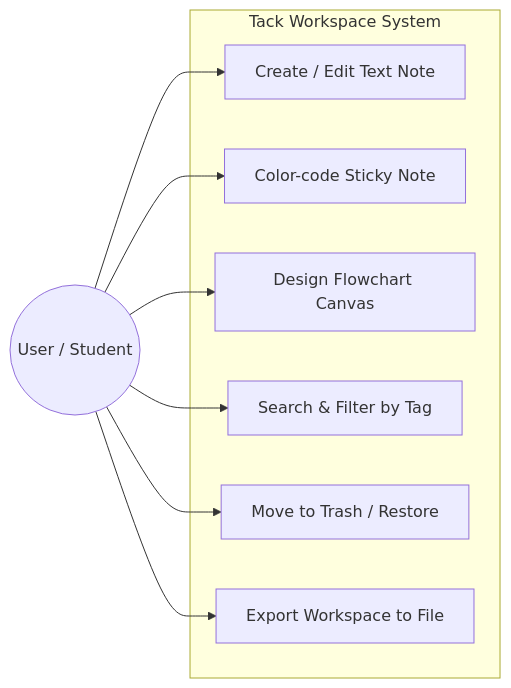
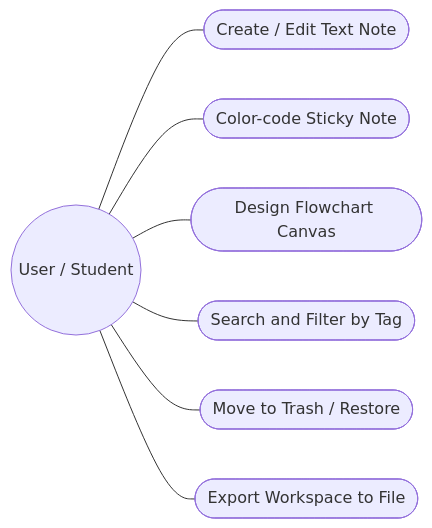
The third of 4 diagrams in lib/ui/java_micro_project_presentation.md (vishnuvmx/notes), drawn with Mermaid before and after one commit. The commit also changed other lines of this file and 6 other files, not shown here.

````diff
--- a/lib/ui/java_micro_project_presentation.md
+++ b/lib/ui/java_micro_project_presentation.md
@@ -236,20 +243,17 @@
 ```mermaid
-graph LR
-    User((User / Student))
+flowchart LR
+    User(("User / Student"))
+    UC1(["Create / Edit Text Note"])
+    UC2(["Color-code Sticky Note"])
+    UC3(["Design Flowchart Canvas"])
+    UC4(["Search and Filter by Tag"])
+    UC5(["Move to Trash / Restore"])
+    UC6(["Export Workspace to File"])
 
-    subgraph Tack_Workspace_System["Tack Workspace System"]
-        UC1["Create / Edit Text Note"]
-        UC2["Color-code Sticky Note"]
-        UC3["Design Flowchart Canvas"]
-        UC4["Search & Filter by Tag"]
-        UC5["Move to Trash / Restore"]
-        UC6["Export Workspace to File"]
-    end
-
-    User --> UC1
-    User --> UC2
-    User --> UC3
-    User --> UC4
-    User --> UC5
-    User --> UC6
+    User --- UC1
+    User --- UC2
+    User --- UC3
+    User --- UC4
+    User --- UC5
+    User --- UC6
 ```
````
